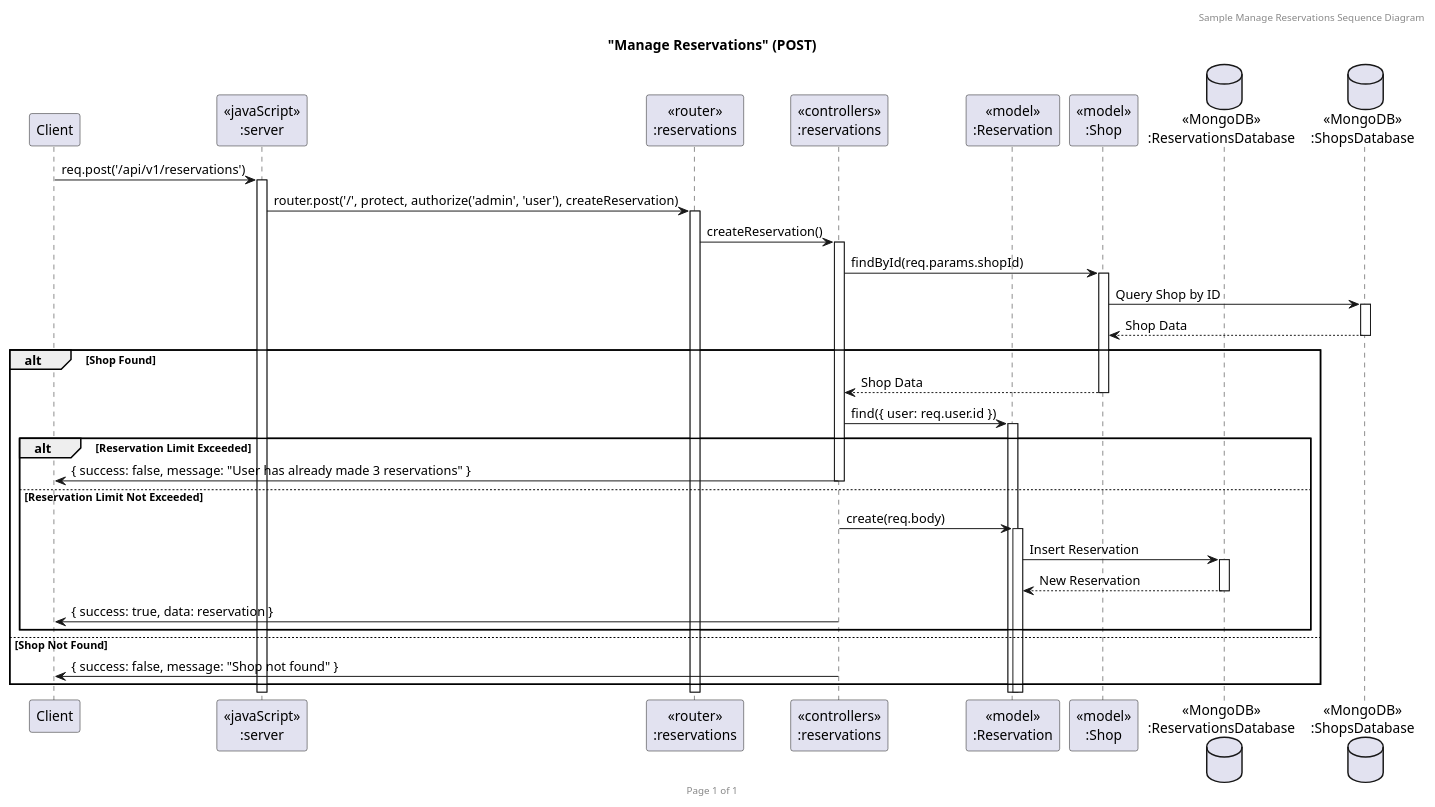
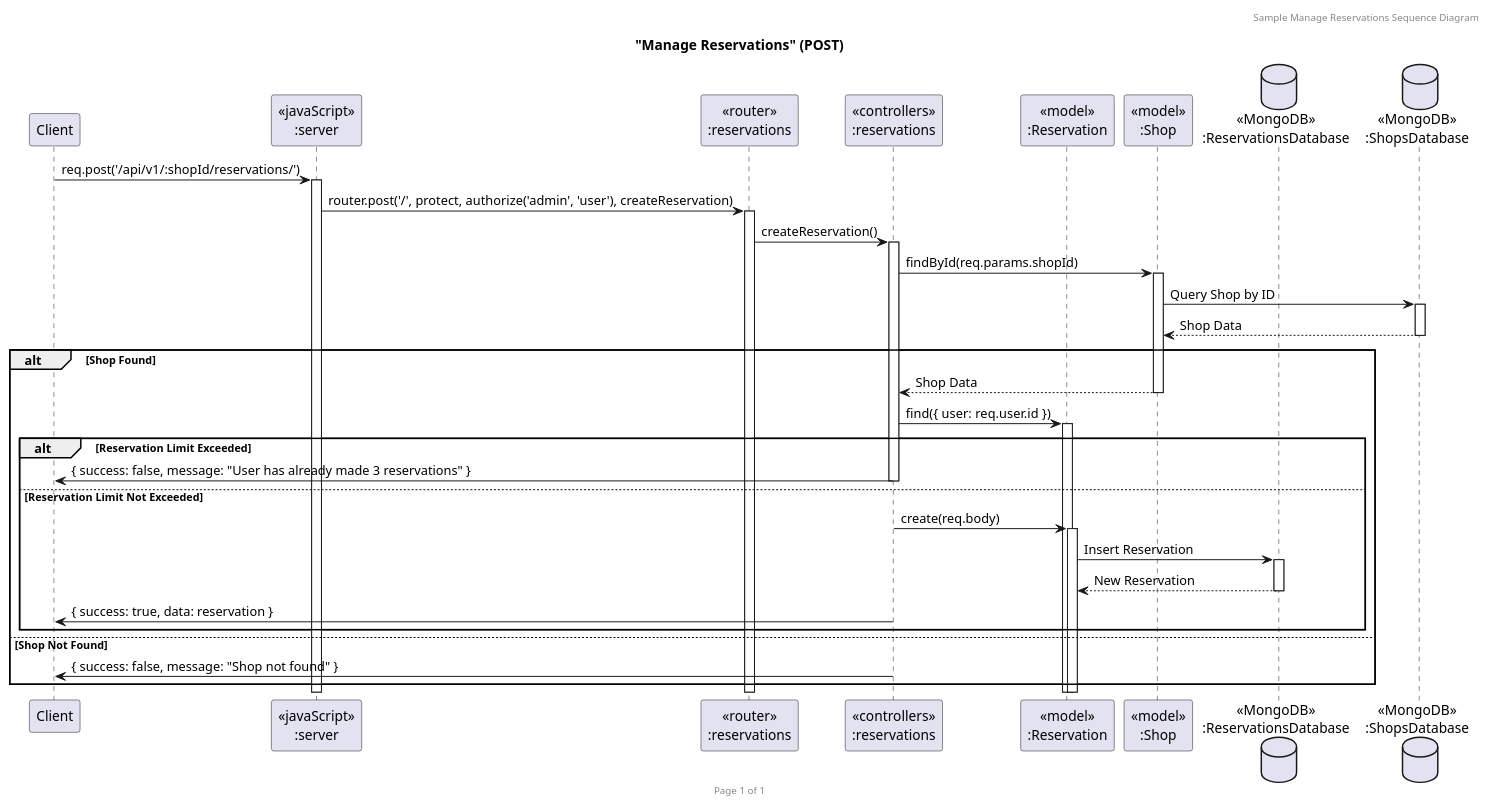
One commit to MadManJJ/Blackend changed the diagram in puml/Reservations/Create.puml. Above: the diagram before and after it, drawn with PlantUML.

Commit message:
fix Create.puml in Reservations

```diff
--- a/puml/Reservations/Create.puml
+++ b/puml/Reservations/Create.puml
@@ -1,40 +1,40 @@
 @startuml Manage Reservations (POST)
 
 header Sample Manage Reservations Sequence Diagram
 footer Page %page% of %lastpage%
 title "Manage Reservations" (POST)
 
 participant "Client" as client
 participant "<<javaScript>>\n:server" as server
 participant "<<router>>\n:reservations" as routerReservations
 participant "<<controllers>>\n:reservations" as controllersReservations
 participant "<<model>>\n:Reservation" as modelReservation
 participant "<<model>>\n:Shop" as modelShop
 database "<<MongoDB>>\n:ReservationsDatabase" as ReservationsDatabase
 database "<<MongoDB>>\n:ShopsDatabase" as ShopsDatabase
 
-client->server ++:req.post('/api/v1/reservations')
+client->server ++:req.post('/api/v1/:shopId/reservations/')
 server->routerReservations ++:router.post('/', protect, authorize('admin', 'user'), createReservation)
 routerReservations -> controllersReservations ++:createReservation()
 controllersReservations->modelShop ++:findById(req.params.shopId)
 modelShop -> ShopsDatabase ++: Query Shop by ID
 ShopsDatabase --> modelShop --: Shop Data
 
 alt Shop Found
   modelShop --> controllersReservations --: Shop Data
   controllersReservations->modelReservation ++:find({ user: req.user.id })
 
   alt Reservation Limit Exceeded
     controllersReservations->client --: { success: false, message: "User has already made 3 reservations" }
   else Reservation Limit Not Exceeded
     controllersReservations->modelReservation ++:create(req.body)
     modelReservation -> ReservationsDatabase ++: Insert Reservation
     ReservationsDatabase --> modelReservation --: New Reservation
     controllersReservations->client --: { success: true, data: reservation }
   end alt
 
 else Shop Not Found
   controllersReservations->client --: { success: false, message: "Shop not found" }
 end alt
 
 @enduml
```
